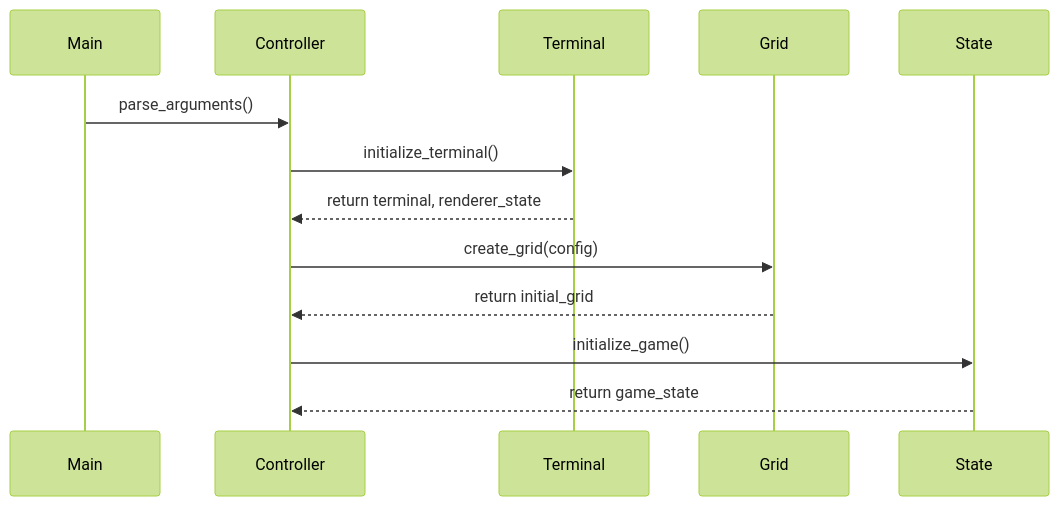
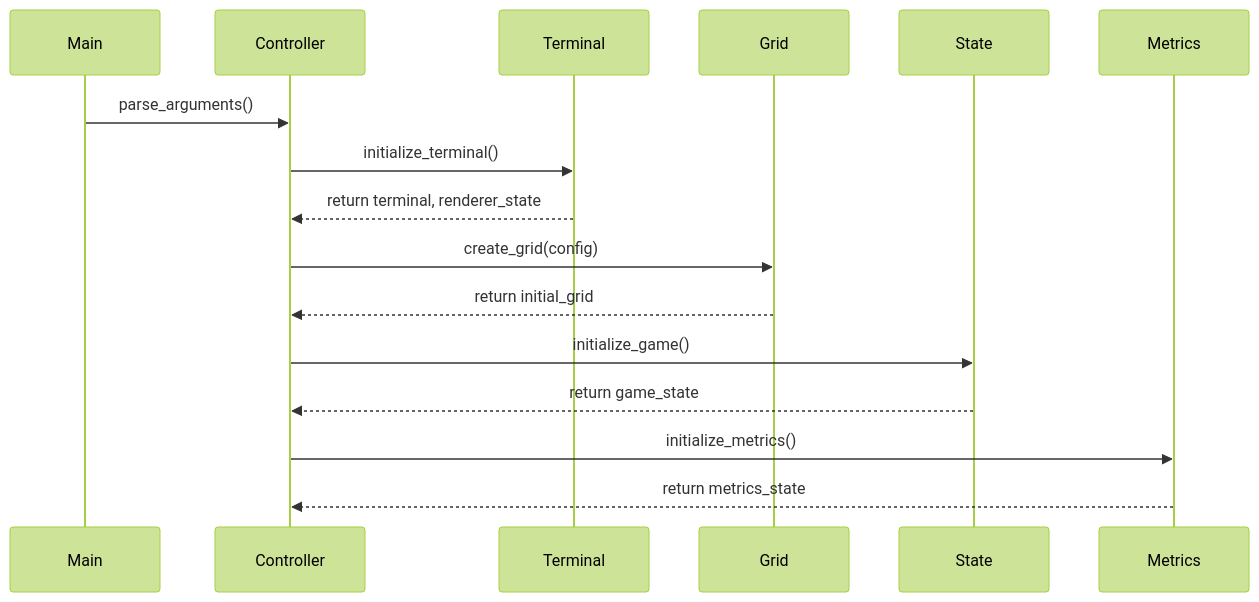
Before and after one commit to dewe/py-gol: the first of 6 diagrams in docs/diagrams.md, drawn with Mermaid (forest theme). The commit also changed other lines of this file and 4 other files, not shown here.

First line of the commit message:
docs(core): update documentation to reflect current architecture

````diff
--- a/docs/diagrams.md
+++ b/docs/diagrams.md
@@ -7,16 +7,19 @@
 ```mermaid
 sequenceDiagram
     participant Main
     participant Controller
     participant Terminal
     participant Grid
     participant State
+    participant Metrics
     
     Main->>Controller: parse_arguments()
     Controller->>Terminal: initialize_terminal()
     Terminal-->>Controller: return terminal, renderer_state
     Controller->>Grid: create_grid(config)
     Grid-->>Controller: return initial_grid
     Controller->>State: initialize_game()
     State-->>Controller: return game_state
+    Controller->>Metrics: initialize_metrics()
+    Metrics-->>Controller: return metrics_state
 ```
````
